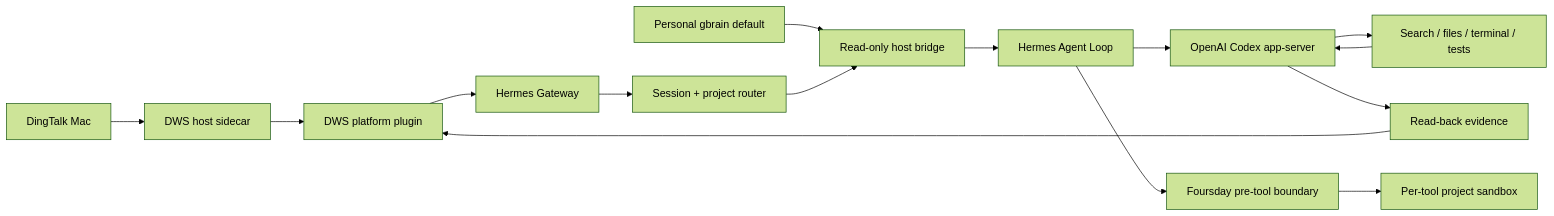
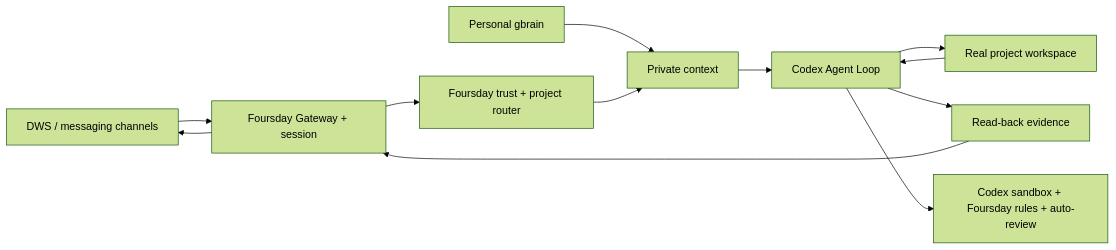
One commit to ruiwang20010702/ai-employee changed the diagram in docs/en/architecture.md. Above: the diagram before and after it, drawn with Mermaid (forest theme). The commit also changed other lines of this file and 520 other files, not shown here.

Commit message:
feat!: rebuild Foursday around a single Codex loop (#85)

````diff
--- a/docs/en/architecture.md
+++ b/docs/en/architecture.md
@@ -19,17 +5,14 @@
 ```mermaid
 flowchart LR
-    DT["DingTalk Mac"] --> SIDE["DWS host sidecar"]
-    SIDE --> PLAT["DWS platform plugin"]
-    PLAT --> GW["Hermes Gateway"]
-    GW --> ROUTE["Session + project router"]
-    GB["Personal gbrain default"] --> MEM["Read-only host bridge"]
-    ROUTE --> MEM
-    MEM --> LOOP["Hermes Agent Loop"]
-    LOOP --> CODEX["OpenAI Codex app-server"]
-    CODEX --> TOOLS["Search / files / terminal / tests"]
-    TOOLS --> CODEX
-    CODEX --> EVIDENCE["Read-back evidence"]
-    EVIDENCE --> PLAT
-    LOOP --> BOUNDARY["Foursday pre-tool boundary"]
-    BOUNDARY --> SANDBOX["Per-tool project sandbox"]
+    M["DWS / messaging channels"] --> A["Foursday Gateway + session"]
+    A --> R["Foursday trust + project router"]
+    G["Personal gbrain"] --> C["Private context"]
+    R --> C
+    C --> X["Codex Agent Loop"]
+    X --> W["Real project workspace"]
+    W --> X
+    X --> V["Read-back evidence"]
+    V --> A
+    A --> M
+    X --> B["Codex sandbox + Foursday rules + auto-review"]
 ```
````
